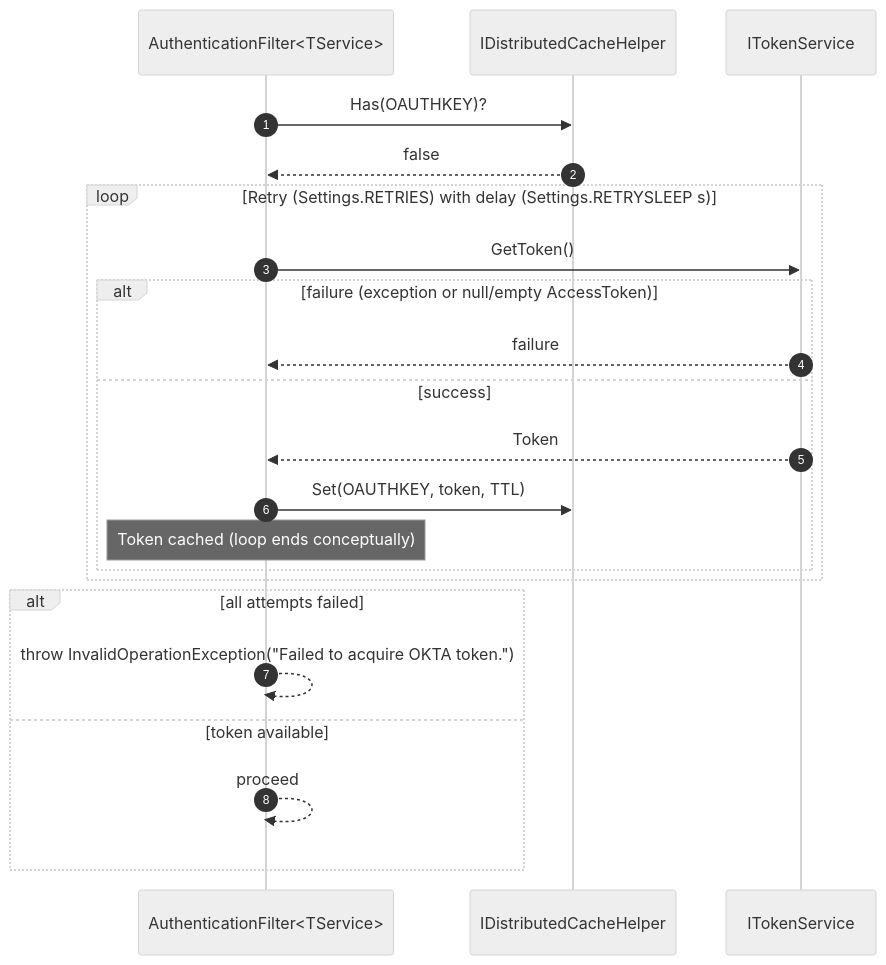
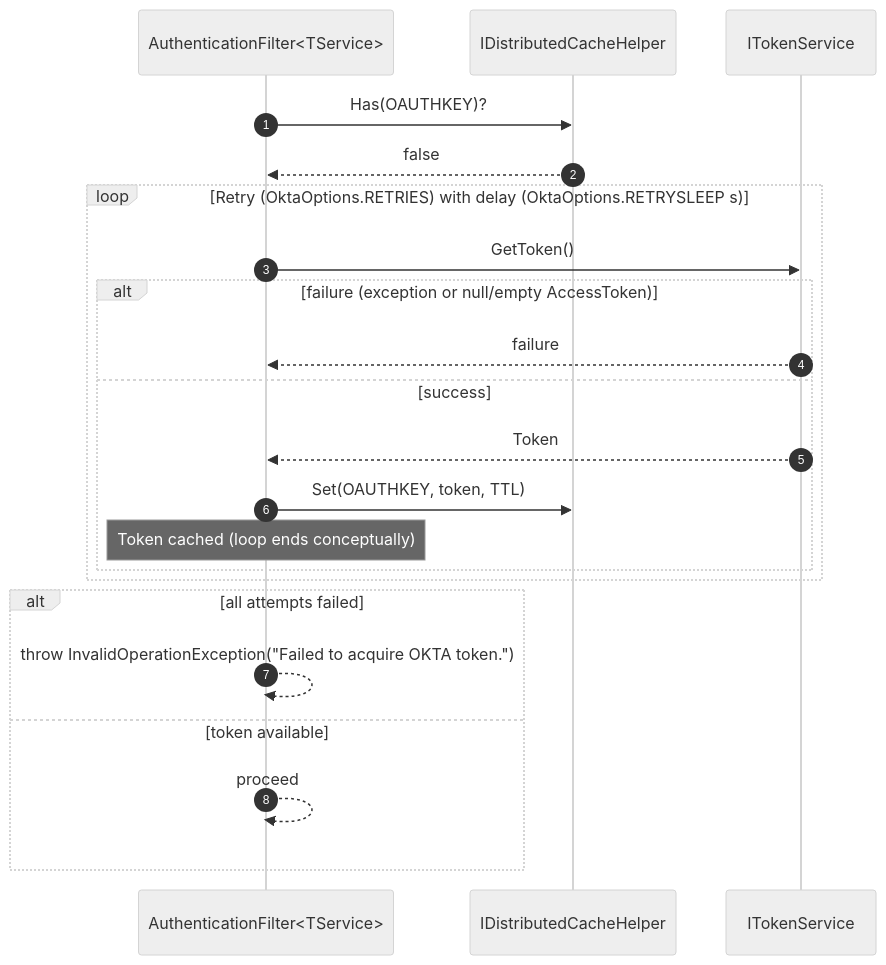
The fourth of 4 diagrams in README.md (john-maurer/Maurer.OktaFilter), drawn with Mermaid (neutral theme) before and after one commit. The commit also changed other lines of this file and 2 other files, not shown here.

````diff
--- a/README.md
+++ b/README.md
@@ -254,25 +254,25 @@
 ```mermaid
 sequenceDiagram
 autonumber
 participant Filter as AuthenticationFilter<TService>
 participant Cache as IDistributedCacheHelper
 participant TokenSvc as ITokenService
 
 Filter->>Cache: Has(OAUTHKEY)?
 Cache-->>Filter: false
-loop Retry (Settings.RETRIES) with delay (Settings.RETRYSLEEP s)
+loop Retry (OktaOptions.RETRIES) with delay (OktaOptions.RETRYSLEEP s)
   Filter->>TokenSvc: GetToken()
   alt failure (exception or null/empty AccessToken)
     TokenSvc-->>Filter: failure
   else success
     TokenSvc-->>Filter: Token
     Filter->>Cache: Set(OAUTHKEY, token, TTL)
     note over Filter: Token cached (loop ends conceptually)
   end
 end
 alt all attempts failed
   Filter-->>Filter: throw InvalidOperationException("Failed to acquire OKTA token.")
 else token available
   Filter-->>Filter: proceed
 end
 ```
````
